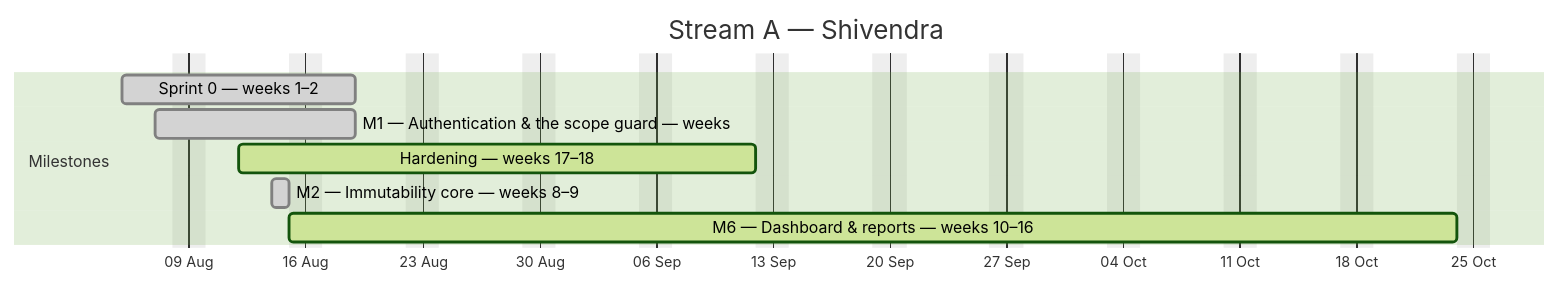
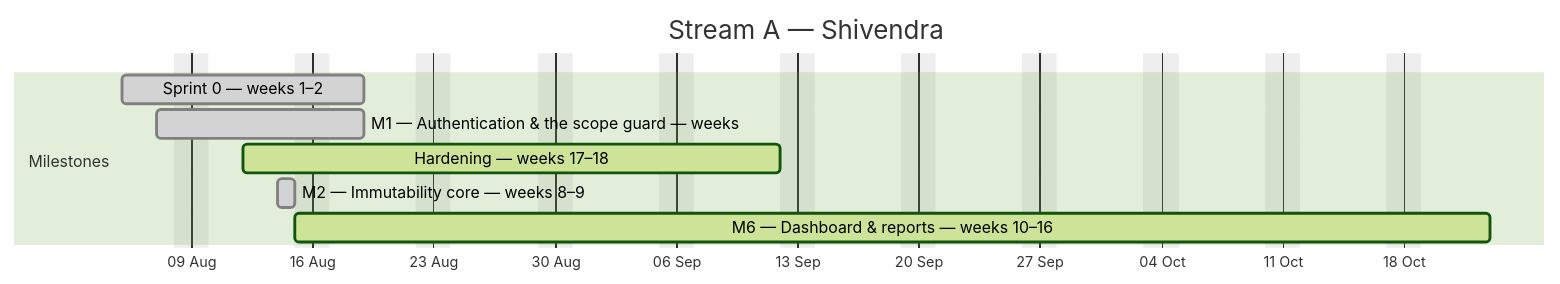
Before and after one commit to debashisedunext/EduTrack: the first of 4 diagrams in docs/plan/GANTT.md, drawn with Mermaid (forest theme). The commit also changed other lines of this file and 2 other files, not shown here.

````diff
--- a/docs/plan/GANTT.md
+++ b/docs/plan/GANTT.md
@@ -113,13 +113,13 @@
 ```mermaid
 gantt
     dateFormat YYYY-MM-DD
     axisFormat %d %b
     title Stream A — Shivendra
     excludes weekends
     section Milestones
     Sprint 0 — weeks 1–2 :done, a0, 2026-08-05, 10d
     M1 — Authentication & the scope guard — weeks :done, a1, 2026-08-07, 8d
     Hardening — weeks 17–18 :active, a2, 2026-08-12, 23d
     M2 — Immutability core — weeks 8–9 :done, a3, 2026-08-14, 1d
-    M6 — Dashboard & reports — weeks 10–16 :active, a4, 2026-08-15, 51d
+    M6 — Dashboard & reports — weeks 10–16 :active, a4, 2026-08-15, 50d
 ```
````
